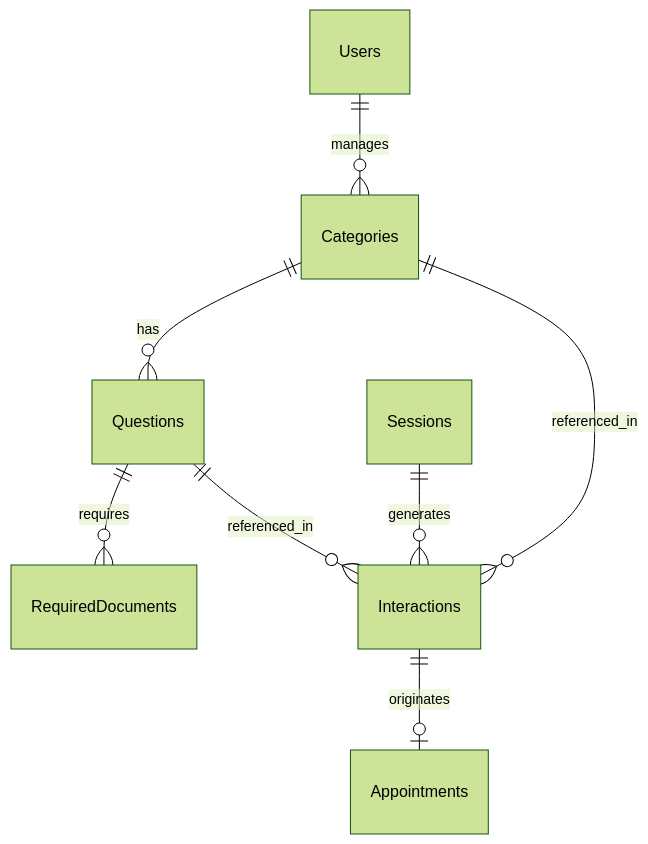
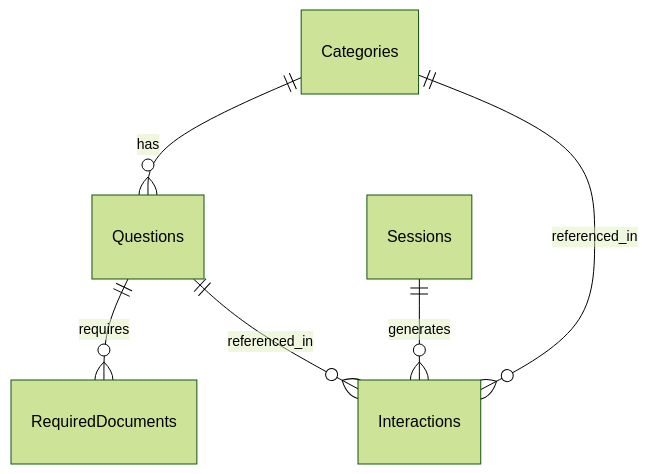
One commit to Steel-Hard/ProconChat_Jacarei changed the first of 2 diagrams in .docs/database/database.md. Above: the diagram before and after it, drawn with Mermaid (forest theme). The commit also changed other lines of this file and 13 other files, not shown here.

````diff
--- a/.docs/database/database.md
+++ b/.docs/database/database.md
@@ -16,10 +19,8 @@
 ```mermaid
 erDiagram
     Categories ||--o{ Questions : has
     Questions ||--o{ RequiredDocuments : requires
     Sessions ||--o{ Interactions : generates
     Categories ||--o{ Interactions : referenced_in
     Questions ||--o{ Interactions : referenced_in
-    Interactions ||--o| Appointments : originates
-    Users ||--o{ Categories : manages
 ```
````
